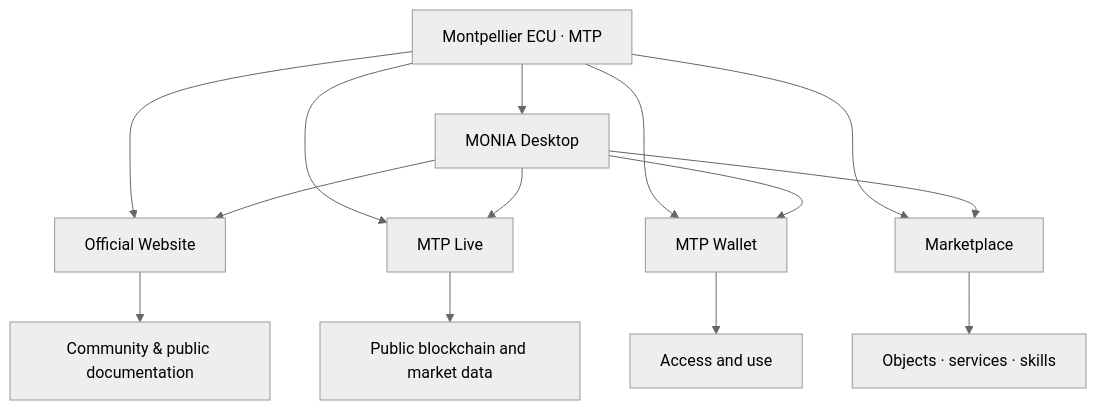
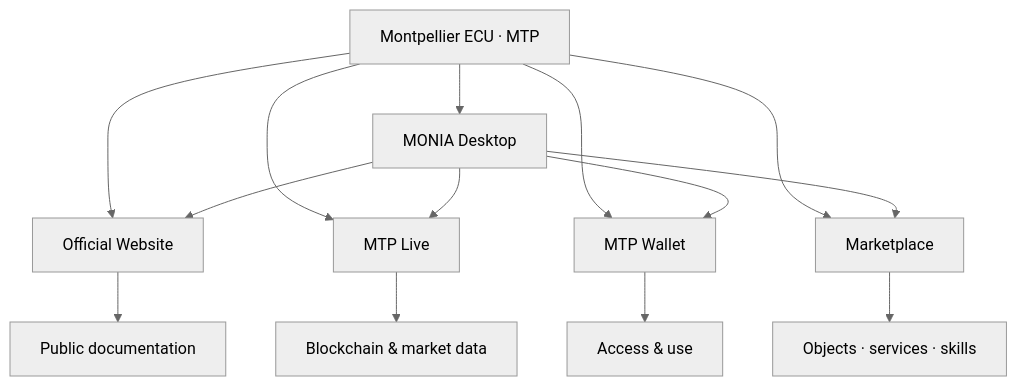
The second of 2 diagrams in README.md (jedi566666/MontpellierECU), drawn with Mermaid (neutral theme) before and after one commit. The commit also changed other lines of this file and 3 other files, not shown here.

````diff
--- a/README.md
+++ b/README.md
@@ -115,16 +97,16 @@
 ```mermaid
 flowchart TD
     MTP["Montpellier ECU · MTP"] --> SITE["Official Website"]
     MTP --> LIVE["MTP Live"]
     MTP --> WALLET["MTP Wallet"]
     MTP --> MARKET["Marketplace"]
     MTP --> MONIA["MONIA Desktop"]
-    SITE --> COMMUNITY["Community & public documentation"]
-    LIVE --> DATA["Public blockchain and market data"]
-    WALLET --> USE["Access and use"]
+    SITE --> DOCS["Public documentation"]
+    LIVE --> DATA["Blockchain & market data"]
+    WALLET --> ACCESS["Access & use"]
     MARKET --> ECONOMY["Objects · services · skills"]
     MONIA --> SITE
     MONIA --> LIVE
     MONIA --> WALLET
     MONIA --> MARKET
 ```
````
